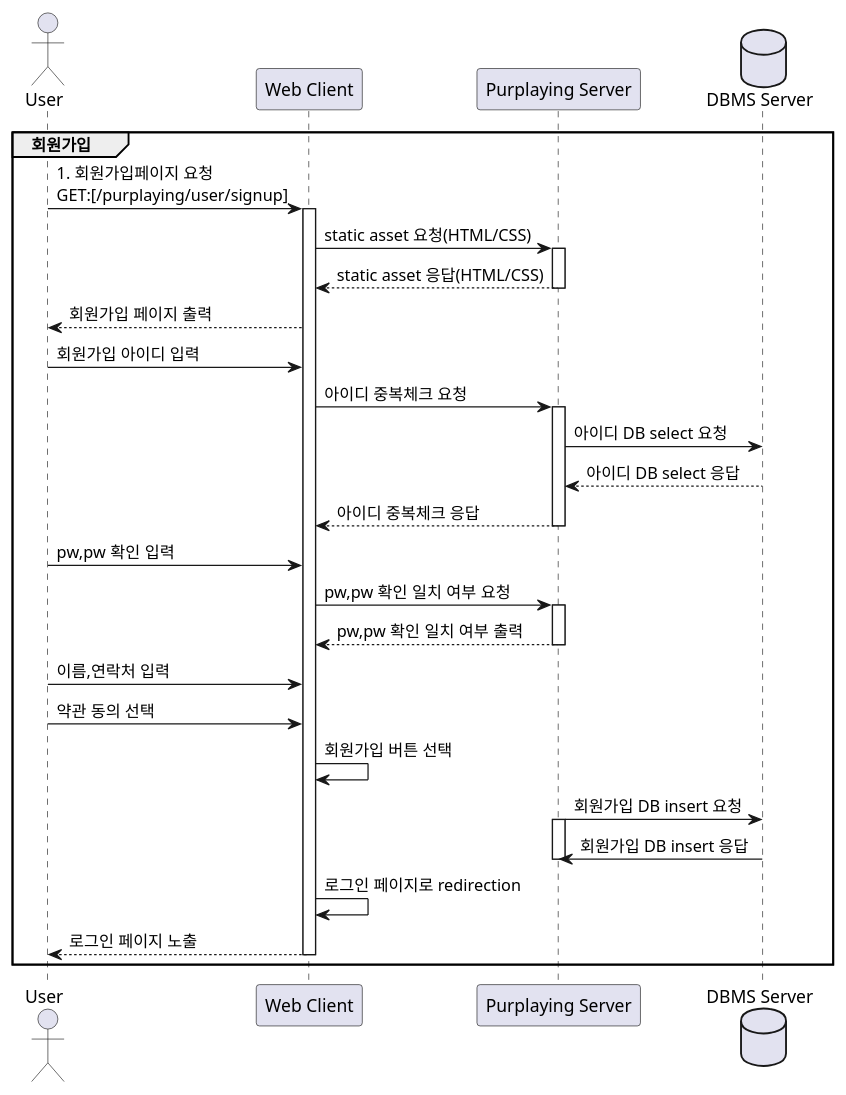
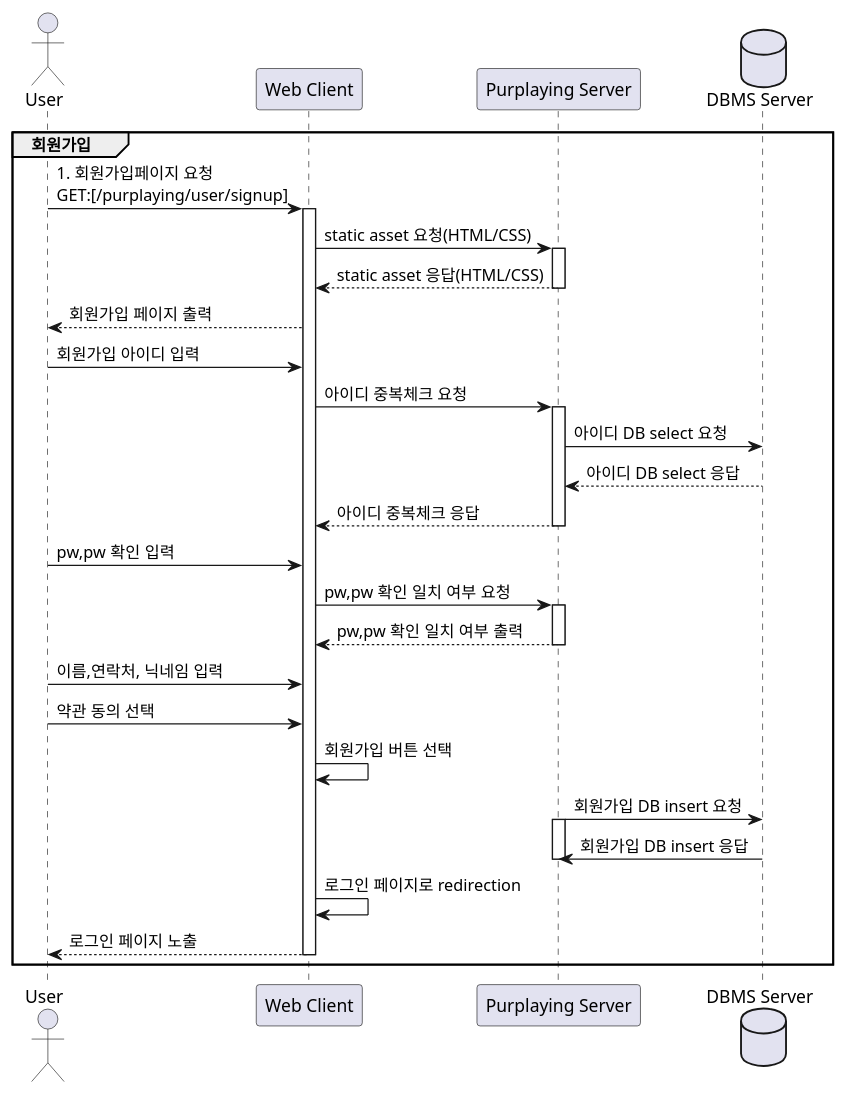
Before and after one commit to BlueUmb/ezenclass: the diagram in Java Notes/docs/Purplaying_signUp_diagram.plantuml, drawn with PlantUML.

Commit message:
diagram update

```diff
--- a/Java Notes/docs/Purplaying_signUp_diagram.plantuml
+++ b/Java Notes/docs/Purplaying_signUp_diagram.plantuml
@@ -1,45 +1,45 @@
 @startuml
 
 actor User
 participant "Web Client" as C
 participant "Purplaying Server" as S
 database "DBMS Server" as D
 
 group 회원가입
     User -> C:1. 회원가입페이지 요청\nGET:[/purplaying/user/signup]
 
     activate C
     C -> S:static asset 요청(HTML/CSS)
     activate S
     S --> C: static asset 응답(HTML/CSS)
     deactivate S
     C --> User: 회원가입 페이지 출력
 
     User -> C:회원가입 아이디 입력
 
     C -> S:아이디 중복체크 요청
     activate S
     S -> D: 아이디 DB select 요청
     D --> S: 아이디 DB select 응답
     S --> C: 아이디 중복체크 응답
     deactivate S
 
     User -> C:pw,pw 확인 입력
     C -> S:pw,pw 확인 일치 여부 요청
     activate S
     S --> C:pw,pw 확인 일치 여부 출력
     deactivate S
 
-    User -> C:이름,연락처 입력
+    User -> C:이름,연락처, 닉네임 입력
     User -> C:약관 동의 선택
     C -> C: 회원가입 버튼 선택
     S -> D: 회원가입 DB insert 요청
     activate S
     D -> S: 회원가입 DB insert 응답
     deactivate S
     C -> C:로그인 페이지로 redirection
     C --> User: 로그인 페이지 노출
     deactivate C
 end
 
 @enduml
```
